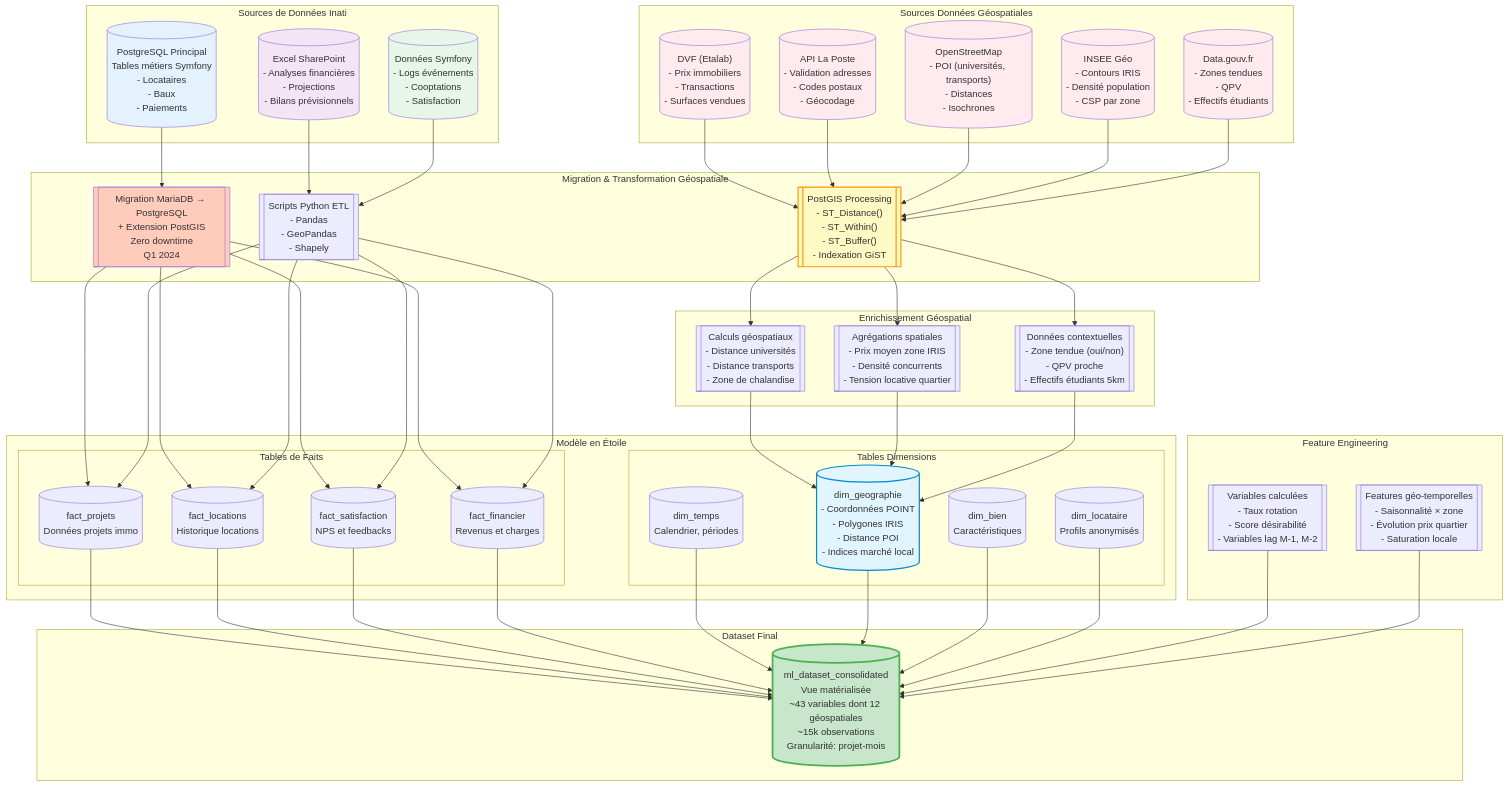
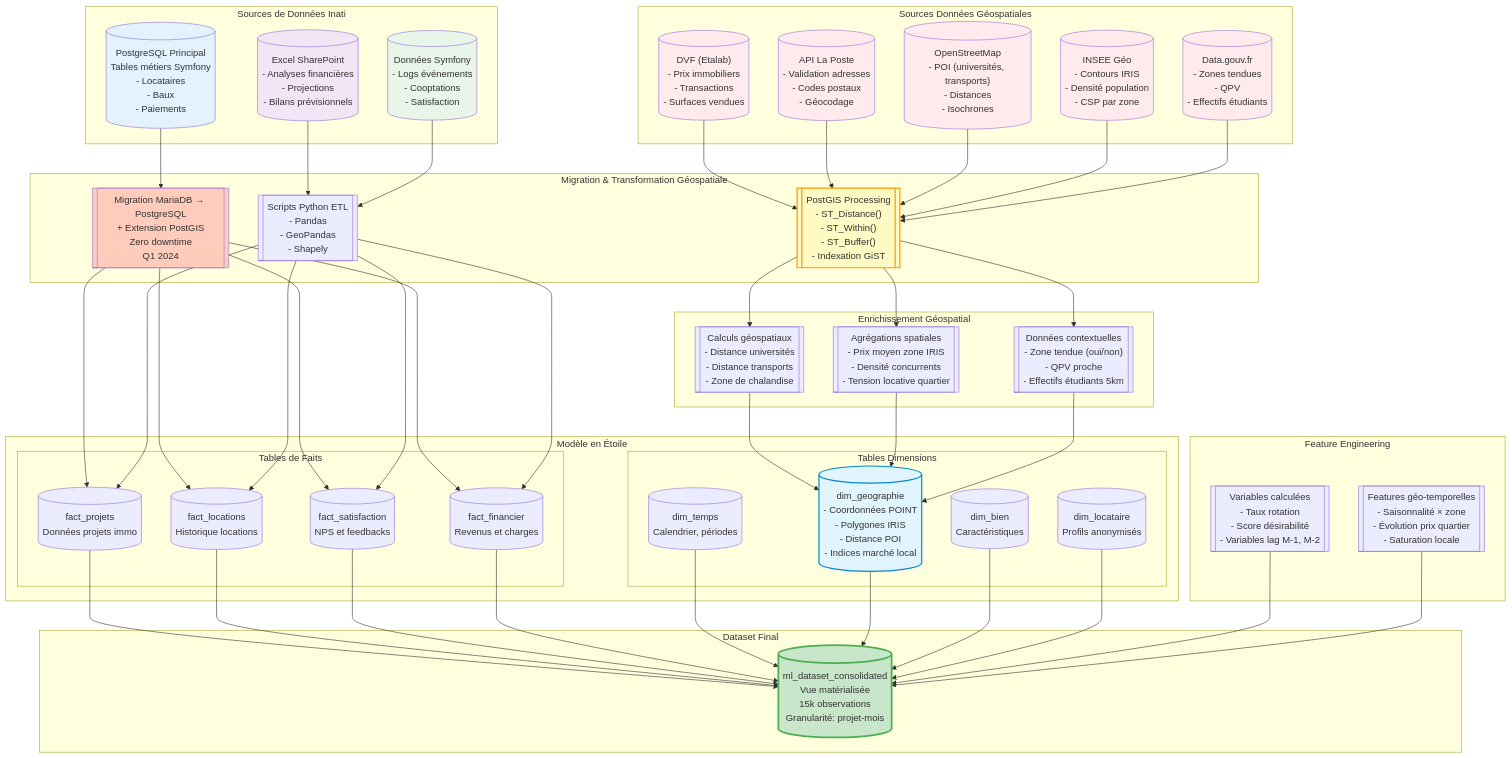
The diagram in Schéma de construction du dataset.md (cmatheo/memoire-m2), drawn with Mermaid before and after one commit.

Commit message:
Update Schéma de construction du dataset.md

```diff
--- a/Schéma de construction du dataset.md
+++ b/Schéma de construction du dataset.md
@@ -48,7 +48,7 @@
     end
     
     subgraph "Dataset Final"
-        F1[("ml_dataset_consolidated<br/>Vue matérialisée<br/>~43 variables dont 12 géospatiales<br/>~15k observations<br/>Granularité: projet-mois")]
+        F1[("ml_dataset_consolidated<br/>Vue matérialisée<br/>15k observations<br/>Granularité: projet-mois")]
     end
     
     A1 --> B1
```
